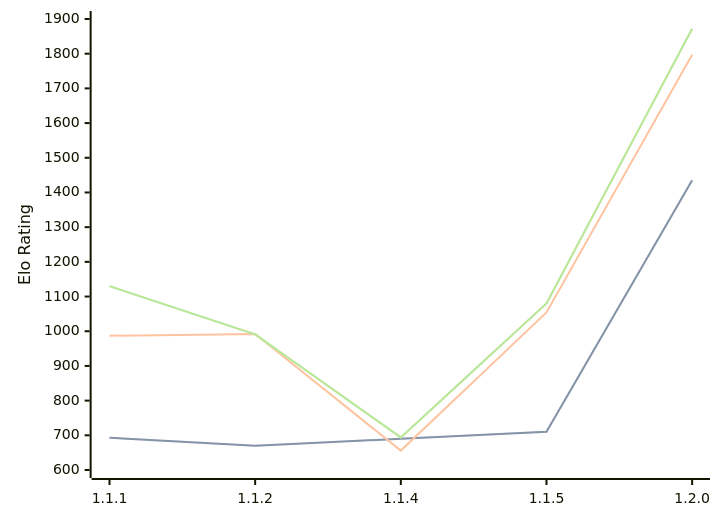
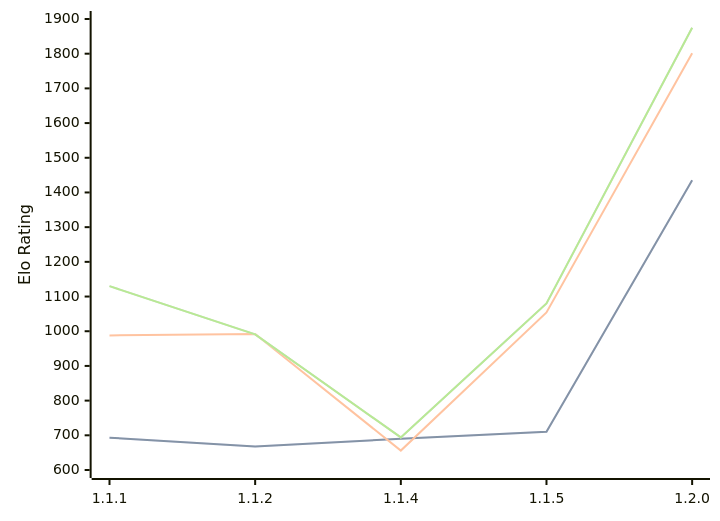
The diagram in engines/ChessCore.md (computer-chess-index/cci), drawn with Mermaid before and after one commit. The commit also changed other lines of this file, not shown here.

Commit message:
Update CCI Ratings (ELO VLTC) - 2026-09-04

````diff
--- a/engines/ChessCore.md
+++ b/engines/ChessCore.md
@@ -36,11 +36,11 @@
 ```mermaid
 %%{init: {"theme":"base","themeVariables":{"seriesColors:['#a3a3a3','#222221','#faa371']}}}%%
 xychart-beta
   x-axis ["1.1.1", "1.1.2", "1.1.4", "1.1.5", "1.2.0"]
   y-axis "Elo Rating" 600 --> 1900
-  line "" [693, 670, 690, 710, 1435]
-  line "STC (8.0+0.08s)" [693, 670, 690, 710, 1435]
-  line "LTC (60.0+0.60s)" [987, 992, 656, 1054, 1797]
-  line "" [1130, 991, 694, 1080, 1872]
-  line "VLTC (2m24s+1.12s)" [1130, 991, 694, 1080, 1872]
+  line "" [693, 668, 690, 710, 1435]
+  line "STC (8.0+0.08s)" [693, 668, 690, 710, 1435]
+  line "LTC (60.0+0.60s)" [988, 992, 656, 1054, 1801]
+  line "" [1130, 991, 694, 1080, 1875]
+  line "VLTC (2m24s+1.12s)" [1130, 991, 694, 1080, 1875]
 ```
````
